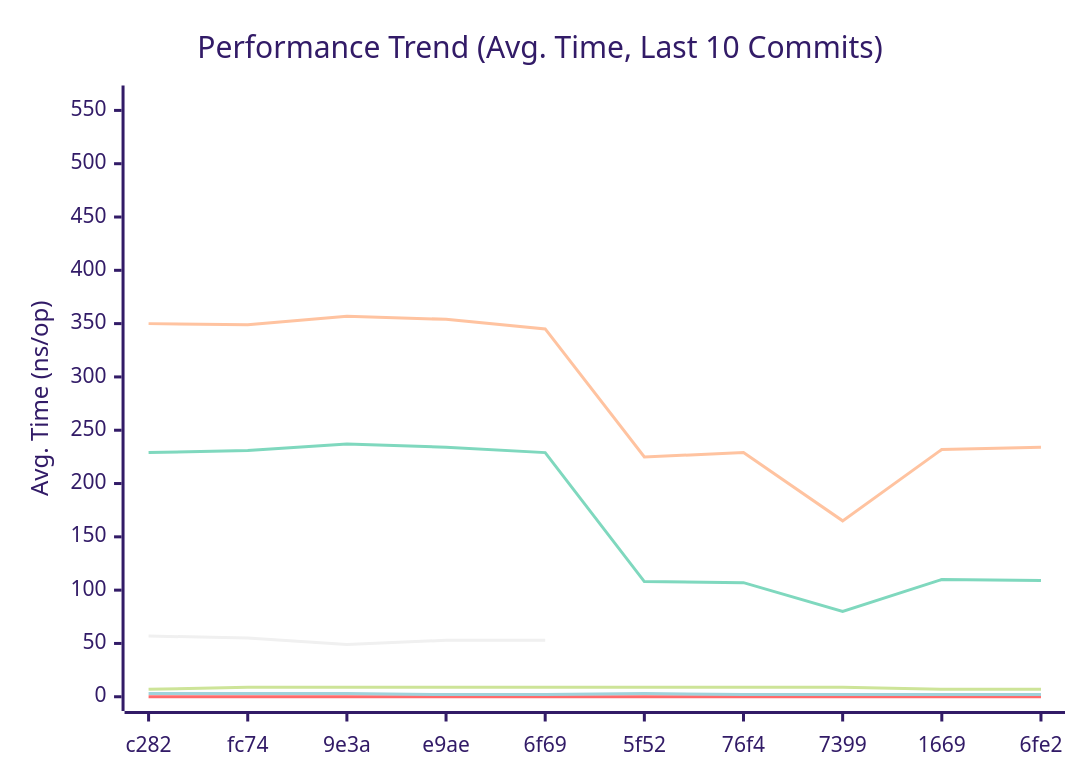
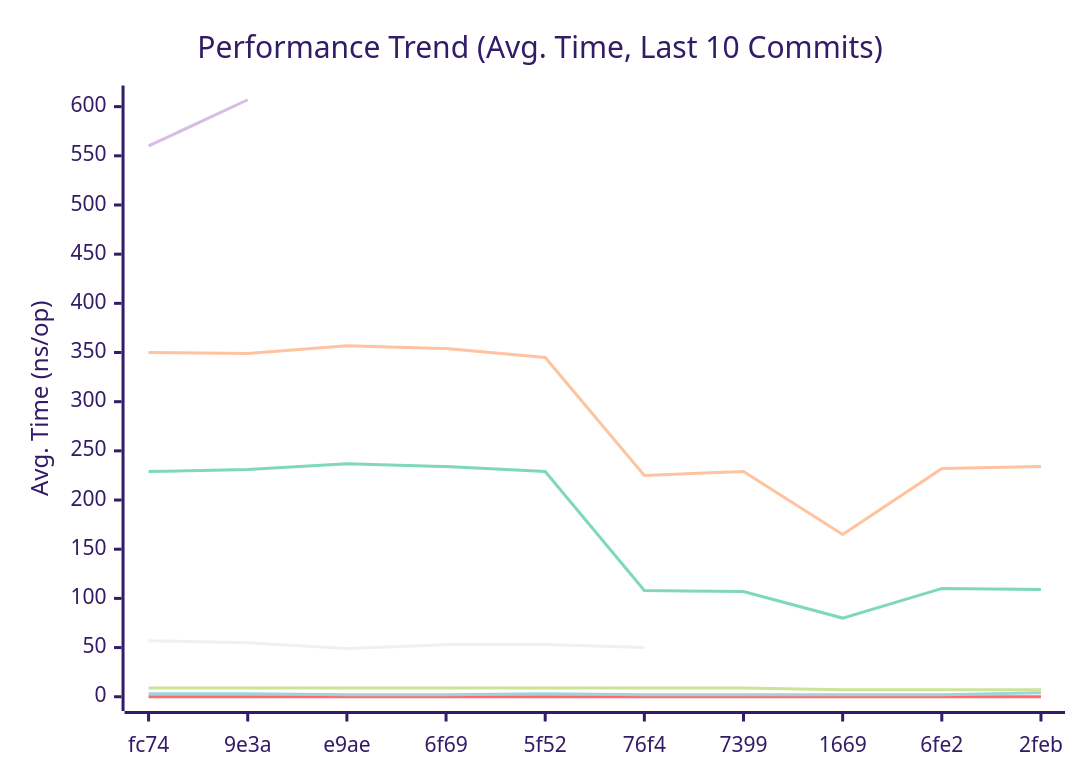
Before and after one commit to alsotoes/momo: the first of 3 diagrams in doc/README.md, drawn with Mermaid (forest theme). The commit also changed other lines of this file and 1 other file, not shown here.

````diff
--- a/doc/README.md
+++ b/doc/README.md
@@ -290,14 +296,14 @@
 ```mermaid
 xychart-beta
     title "Performance Trend (Avg. Time, Last 10 Commits)"
     x-axis "Commit"
     y-axis "Avg. Time (ns/op)"
-    x-axis [c282,fc74,9e3a,e9ae,6f69,5f52,76f4,7399,1669,6fe2]
-    line "CheckMetricsAndSwap" [7,9,9,9,9,9,9,9,7,7]
+    x-axis [fc74,9e3a,e9ae,6f69,5f52,76f4,7399,1669,6fe2,2feb]
+    line "CheckMetricsAndSwap" [9,9,9,9,9,9,9,7,7,7]
     line "IndexDirectTracking" [0,0,0,0,0,0,0,0,0,0]
-    line "IndexSearch" [3,3,3,2,2,3,2,2,2,2]
-    line "LoadGlobalConfig" [560]
-    line "PadString" [57,55,49,53,53]
+    line "IndexSearch" [3,3,2,2,3,2,2,2,2,4]
+    line "LoadGlobalConfig" [560,607]
+    line "PadString" [57,55,49,53,53,50]
     line "ParseReplicationOrder_NoPrealloc" [350,349,357,354,345,225,229,165,232,234]
     line "ParseReplicationOrder_Prealloc" [229,231,237,234,229,108,107,80,110,109]
 ```
````
